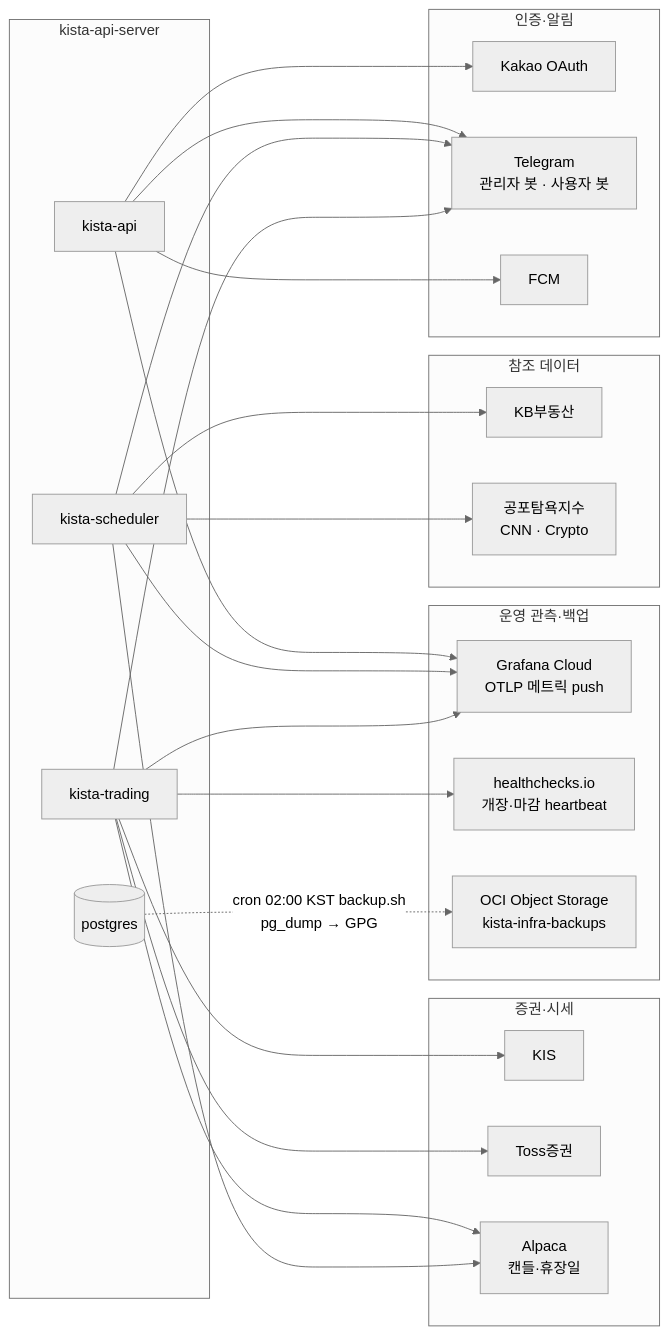
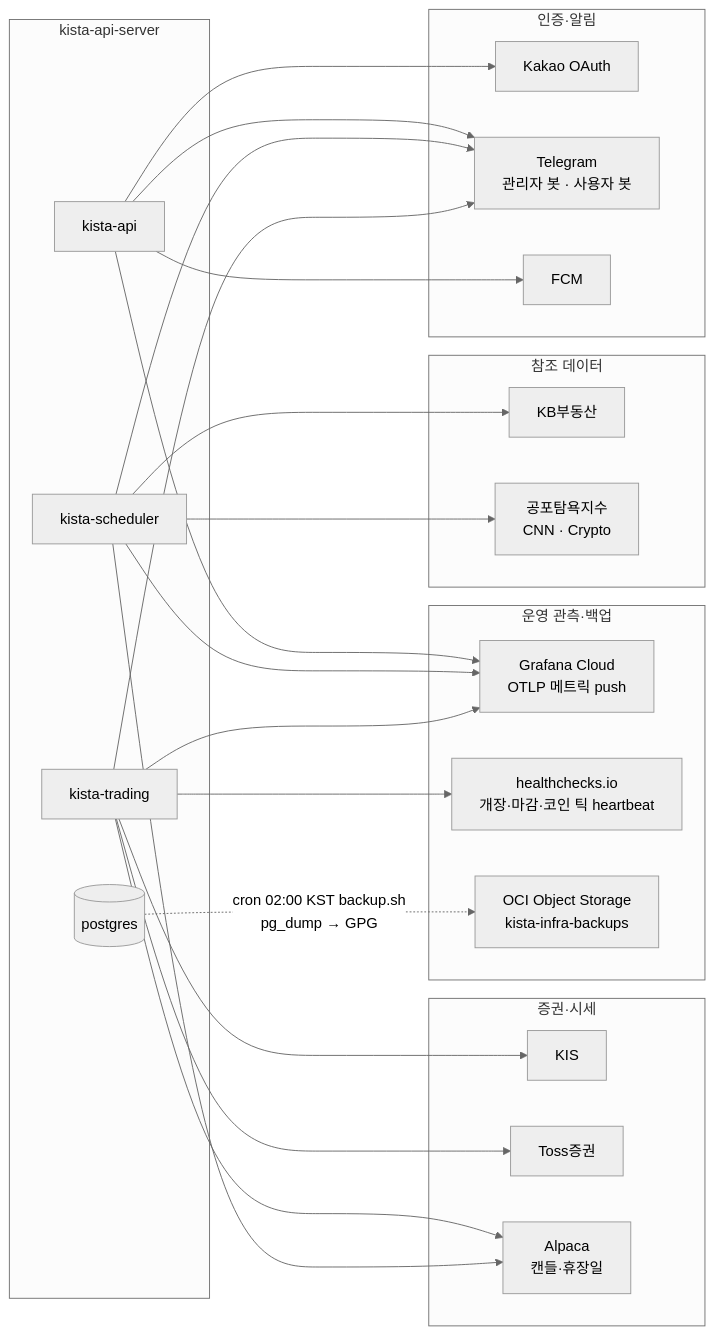
One commit to narafu/kista-api changed the second of 6 diagrams in docs/architecture-map.md. Above: the diagram before and after it, drawn with Mermaid (neutral theme). The commit also changed 21 other files, not shown here.

````diff
--- a/docs/architecture-map.md
+++ b/docs/architecture-map.md
@@ -81,37 +81,37 @@
 ```mermaid
 flowchart LR
     subgraph APP["kista-api-server"]
         API["kista-api"]
         SCH["kista-scheduler"]
         TRD["kista-trading"]
         PG[("postgres")]
     end
 
     subgraph BROKER["증권·시세"]
         KIS["KIS"]
         TOSS["Toss증권"]
         ALPACA["Alpaca<br/>캔들·휴장일"]
     end
     subgraph DATA["참조 데이터"]
         KB["KB부동산"]
         FG["공포탐욕지수<br/>CNN · Crypto"]
     end
     subgraph USERIO["인증·알림"]
         KAKAO["Kakao OAuth"]
         TG["Telegram<br/>관리자 봇 · 사용자 봇"]
         FCM["FCM"]
     end
     subgraph OPS["운영 관측·백업"]
         GRAF["Grafana Cloud<br/>OTLP 메트릭 push"]
-        HC["healthchecks.io<br/>개장·마감 heartbeat"]
+        HC["healthchecks.io<br/>개장·마감·코인 틱 heartbeat"]
         OBJ["OCI Object Storage<br/>kista-infra-backups"]
     end
 
     TRD --> KIS & TOSS & ALPACA
     SCH --> KB & FG & ALPACA
     API --> KAKAO & FCM
     API & SCH & TRD --> TG
     API & SCH & TRD --> GRAF
     TRD --> HC
     PG -.->|"cron 02:00 KST backup.sh<br/>pg_dump → GPG"| OBJ
 ```
````
